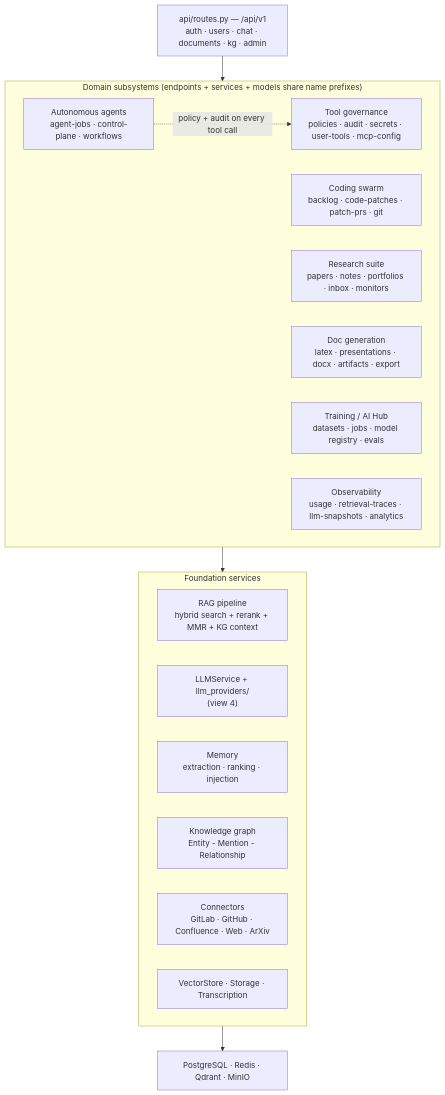
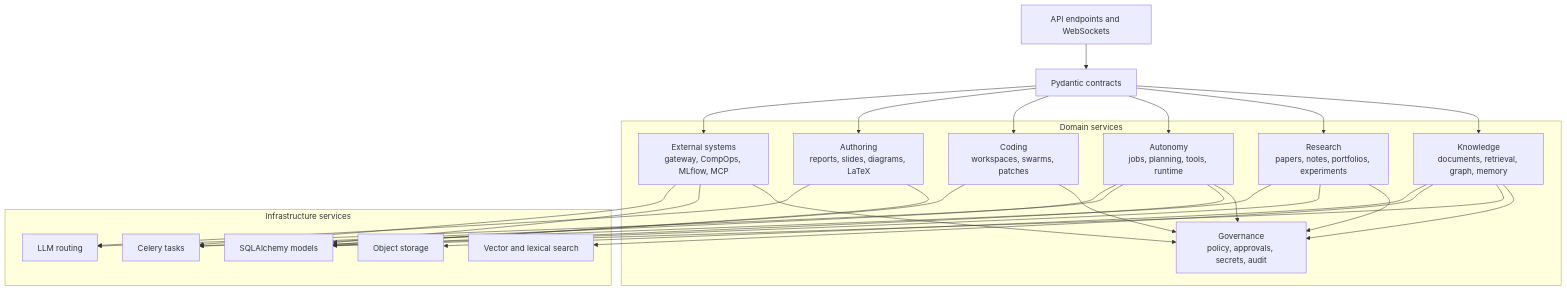
One commit to al3x3n0/KnowledgeDBChat changed the third of 9 diagrams in docs/ARCHITECTURE_DIAGRAMS.md. Above: the diagram before and after it, drawn with Mermaid. The commit also changed other lines of this file and 11 other files, not shown here.

First line of the commit message:
chore(docs,ops): document external-agent gateway and MLflow, tune dev stack

````diff
--- a/docs/ARCHITECTURE_DIAGRAMS.md
+++ b/docs/ARCHITECTURE_DIAGRAMS.md
@@ -68,28 +107,49 @@
 ```mermaid
 flowchart TB
-    ROUTES["api/routes.py — /api/v1<br/>auth · users · chat · documents · kg · admin"]
+    ROUTES["API endpoints and WebSockets"]
+    SCHEMAS["Pydantic contracts"]
 
-    subgraph Subsystems["Domain subsystems (endpoints + services + models share name prefixes)"]
-        AGENTS["Autonomous agents<br/>agent-jobs · control-plane · workflows"]
-        CODING["Coding swarm<br/>backlog · code-patches · patch-prs · git"]
-        RESEARCH["Research suite<br/>papers · notes · portfolios · inbox · monitors"]
-        GEN["Doc generation<br/>latex · presentations · docx · artifacts · export"]
-        TRAIN["Training / AI Hub<br/>datasets · jobs · model registry · evals"]
-        GOV["Tool governance<br/>policies · audit · secrets · user-tools · mcp-config"]
-        OBS["Observability<br/>usage · retrieval-traces · llm-snapshots · analytics"]
+    subgraph DOMAINS["Domain services"]
+        KNOW["Knowledge<br/>documents, retrieval, graph, memory"]
+        RESEARCH["Research<br/>papers, notes, portfolios, experiments"]
+        AGENTS["Autonomy<br/>jobs, planning, tools, runtime"]
+        CODING["Coding<br/>workspaces, swarms, patches"]
+        AUTHOR["Authoring<br/>reports, slides, diagrams, LaTeX"]
+        EXTERNAL["External systems<br/>gateway, CompOps, MLflow, MCP"]
+        GOVERN["Governance<br/>policy, approvals, secrets, audit"]
     end
 
-    subgraph Foundation["Foundation services"]
-        RAG["RAG pipeline<br/>hybrid search + rerank + MMR + KG context"]
-        LLM["LLMService + llm_providers/<br/>(view 4)"]
-        MEM["Memory<br/>extraction · ranking · injection"]
-        KGS["Knowledge graph<br/>Entity - Mention - Relationship"]
-        CONN["Connectors<br/>GitLab · GitHub · Confluence · Web · ArXiv"]
-        STORE["VectorStore · Storage · Transcription"]
+    subgraph INFRA["Infrastructure services"]
+        TASKS["Celery tasks"]
+        MODELS["SQLAlchemy models"]
+        VECTOR["Vector and lexical search"]
+        OBJECTS["Object storage"]
+        LLM["LLM routing"]
     end
 
-    ROUTES --> Subsystems
-    Subsystems --> Foundation
-    AGENTS -.->|"policy + audit on every tool call"| GOV
-    Foundation --> INFRA["PostgreSQL · Redis · Qdrant · MinIO"]
+    ROUTES --> SCHEMAS
+    SCHEMAS --> KNOW
+    SCHEMAS --> RESEARCH
+    SCHEMAS --> AGENTS
+    SCHEMAS --> CODING
+    SCHEMAS --> AUTHOR
+    SCHEMAS --> EXTERNAL
+    KNOW --> GOVERN
+    RESEARCH --> GOVERN
+    AGENTS --> GOVERN
+    CODING --> GOVERN
+    EXTERNAL --> GOVERN
+    KNOW --> MODELS
+    RESEARCH --> MODELS
+    AGENTS --> MODELS
+    CODING --> MODELS
+    AUTHOR --> MODELS
+    EXTERNAL --> MODELS
+    KNOW --> VECTOR
+    KNOW --> OBJECTS
+    AGENTS --> LLM
+    AUTHOR --> LLM
+    AGENTS --> TASKS
+    RESEARCH --> TASKS
+    EXTERNAL --> TASKS
 ```
````
